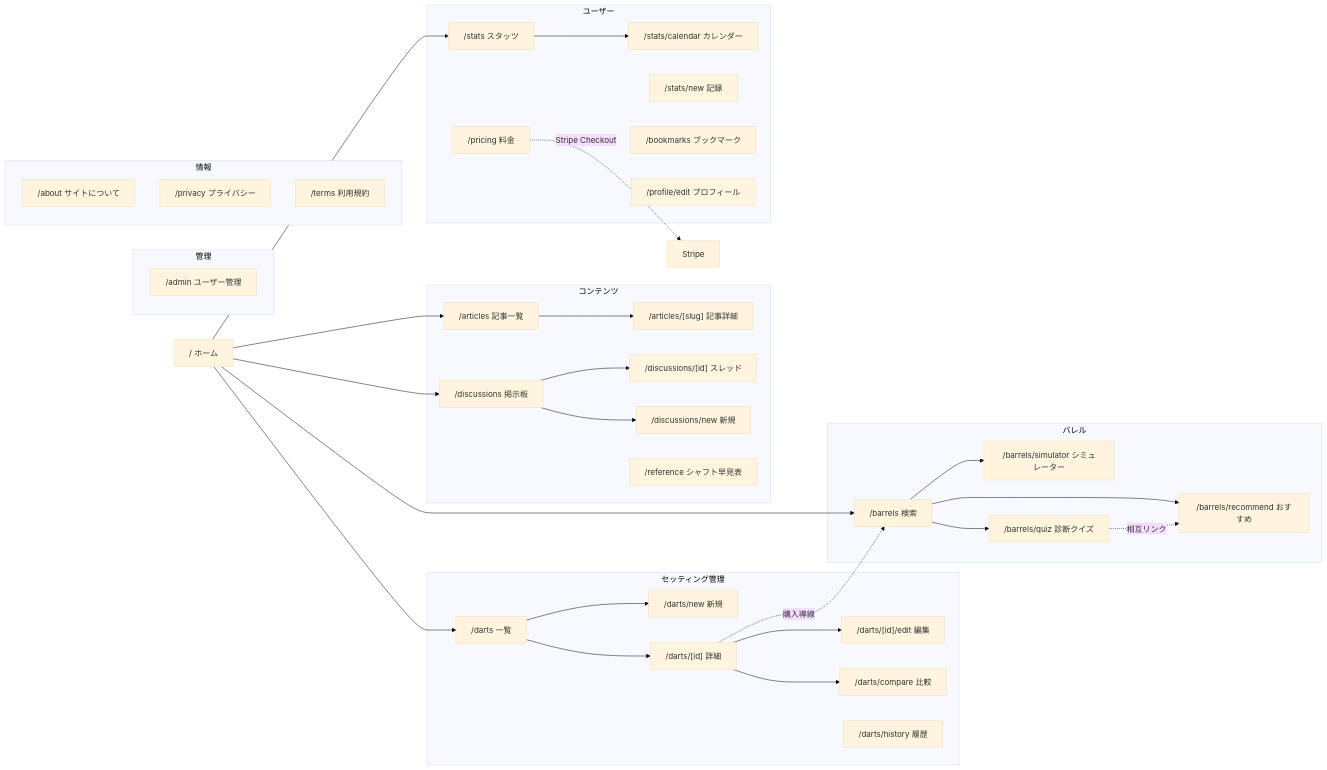
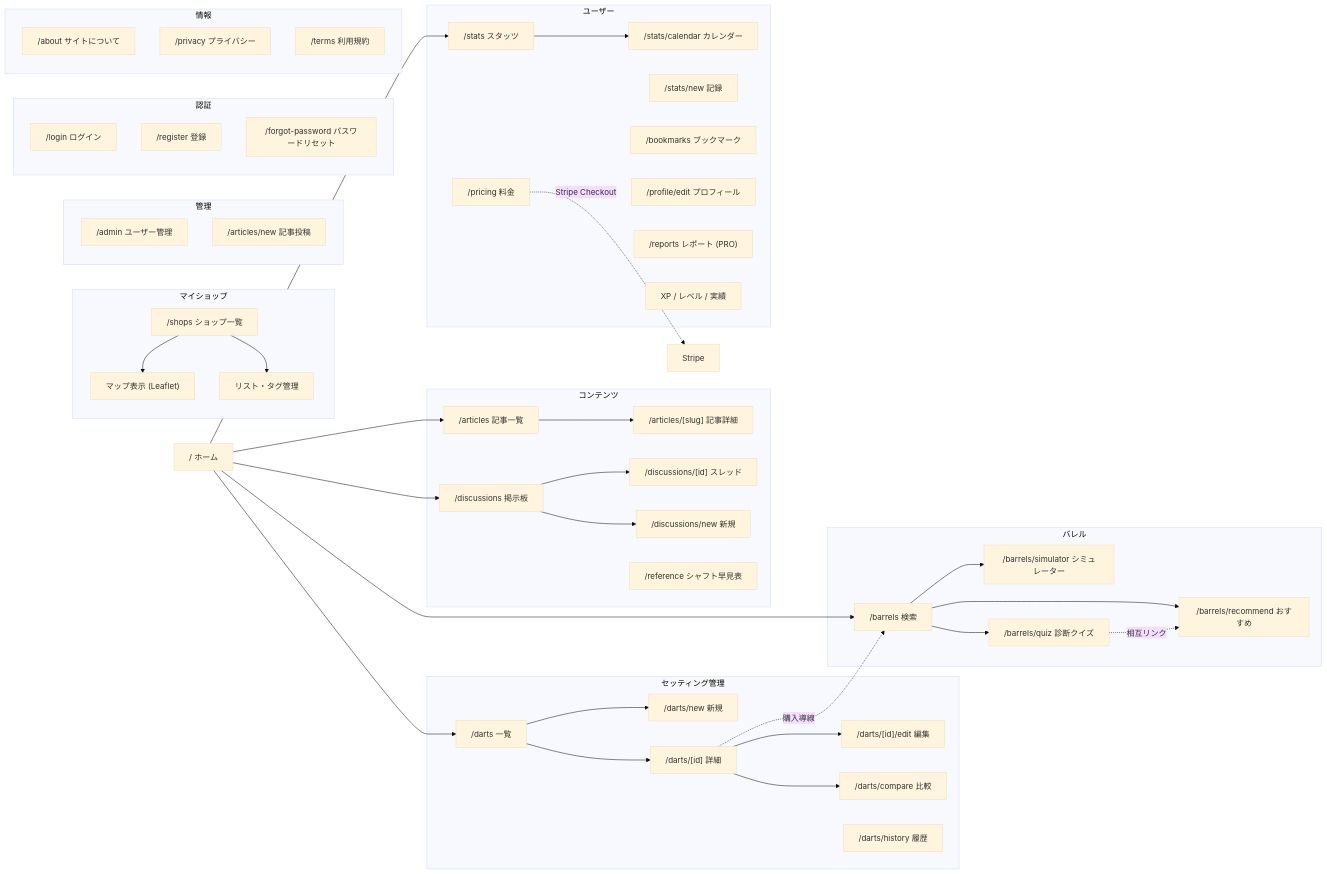
Before and after one commit to seiryuu1215/darts-app: the second of 5 diagrams in docs/ARCHITECTURE.md, drawn with Mermaid (base theme). The commit also changed other lines of this file and 1 other file, not shown here.

Commit message:
docs: 設計図コンポーネントに合わせてドキュメントを更新
- ARCHITECTURE.md: users コレクションに xp/level/rank/dlCredentials/lineUserId/achievements フィールド追加
- ARCHITECTURE.md: サブコレクション goals/xpHistory/notifications 追加、likes→dartLikes/bookmarks→dartBookmarks リネーム
- ARCHITECTURE.md: ページ遷移図にマイショップ/レポート/認証/リファレンスページ追加
- ROLES-AND-PLANS.md: セッティング登録上限を1件→3件に修正

````diff
--- a/docs/ARCHITECTURE.md
+++ b/docs/ARCHITECTURE.md
@@ -76,59 +76,76 @@
 ```mermaid
 graph LR
     Home["/ ホーム"]
 
     subgraph Darts["セッティング管理"]
         DartsList["/darts 一覧"]
         DartsNew["/darts/new 新規"]
         DartsDetail["/darts/[id] 詳細"]
         DartsEdit["/darts/[id]/edit 編集"]
         DartsCompare["/darts/compare 比較"]
         DartsHistory["/darts/history 履歴"]
     end
 
     subgraph Barrels["バレル"]
         BarrelSearch["/barrels 検索"]
         BarrelRecommend["/barrels/recommend おすすめ"]
         BarrelSimulator["/barrels/simulator シミュレーター"]
         BarrelQuiz["/barrels/quiz 診断クイズ"]
     end
 
     subgraph Content["コンテンツ"]
         Articles["/articles 記事一覧"]
         ArticleDetail["/articles/[slug] 記事詳細"]
         Discussions["/discussions 掲示板"]
         DiscussionDetail["/discussions/[id] スレッド"]
         DiscussionNew["/discussions/new 新規"]
         Reference["/reference シャフト早見表"]
     end
 
     subgraph User["ユーザー"]
         Stats["/stats スタッツ"]
         StatsCalendar["/stats/calendar カレンダー"]
         StatsNew["/stats/new 記録"]
         Bookmarks["/bookmarks ブックマーク"]
         Profile["/profile/edit プロフィール"]
+        Reports["/reports レポート (PRO)"]
         Pricing["/pricing 料金"]
+        XP["XP / レベル / 実績"]
+    end
+
+    subgraph Shops["マイショップ"]
+        ShopList["/shops ショップ一覧"]
+        ShopMap["マップ表示 (Leaflet)"]
+        ShopListManage["リスト・タグ管理"]
     end
 
     subgraph Admin["管理"]
         AdminUsers["/admin ユーザー管理"]
+        AdminArticles["/articles/new 記事投稿"]
+    end
+
+    subgraph AuthPages["認証"]
+        Login["/login ログイン"]
+        Register["/register 登録"]
+        ForgotPw["/forgot-password パスワードリセット"]
     end
 
     subgraph Info["情報"]
         About["/about サイトについて"]
         Privacy["/privacy プライバシー"]
         Terms["/terms 利用規約"]
+        Reference["/reference シャフト早見表"]
     end
 
     Stats --> StatsCalendar
     Home --> DartsList & BarrelSearch & Articles & Discussions & Stats
     DartsList --> DartsDetail & DartsNew
     DartsDetail --> DartsEdit & DartsCompare
     DartsDetail -.->|購入導線| BarrelSearch
     BarrelSearch --> BarrelRecommend & BarrelSimulator & BarrelQuiz
     BarrelQuiz -.->|相互リンク| BarrelRecommend
     Articles --> ArticleDetail
     Discussions --> DiscussionDetail & DiscussionNew
     Pricing -.->|Stripe Checkout| Stripe["Stripe"]
+    ShopList --> ShopMap & ShopListManage
 ```
````
